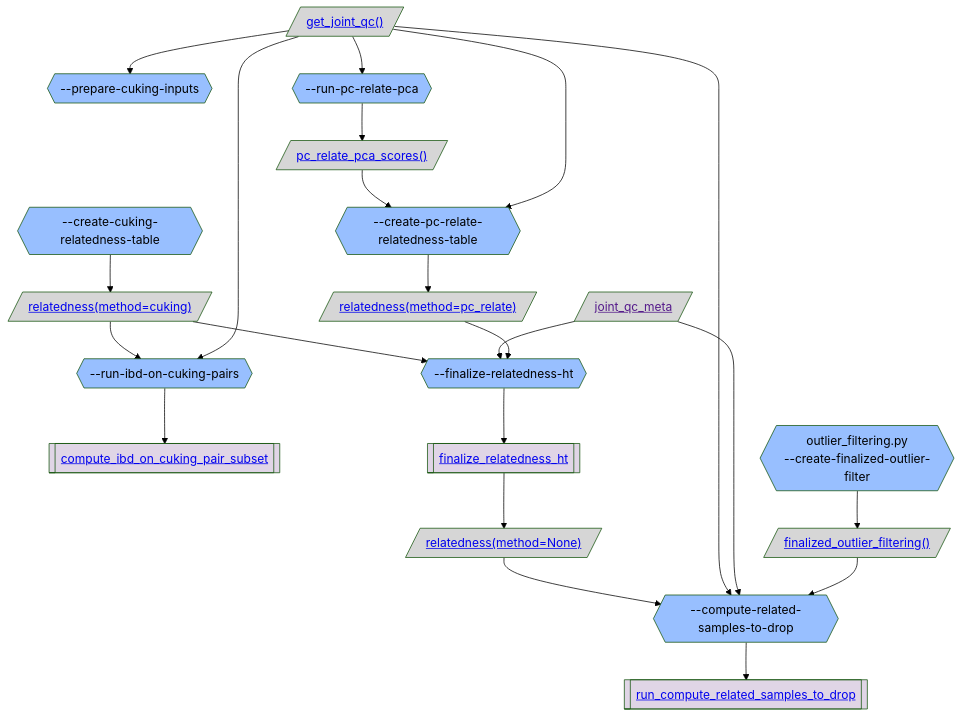
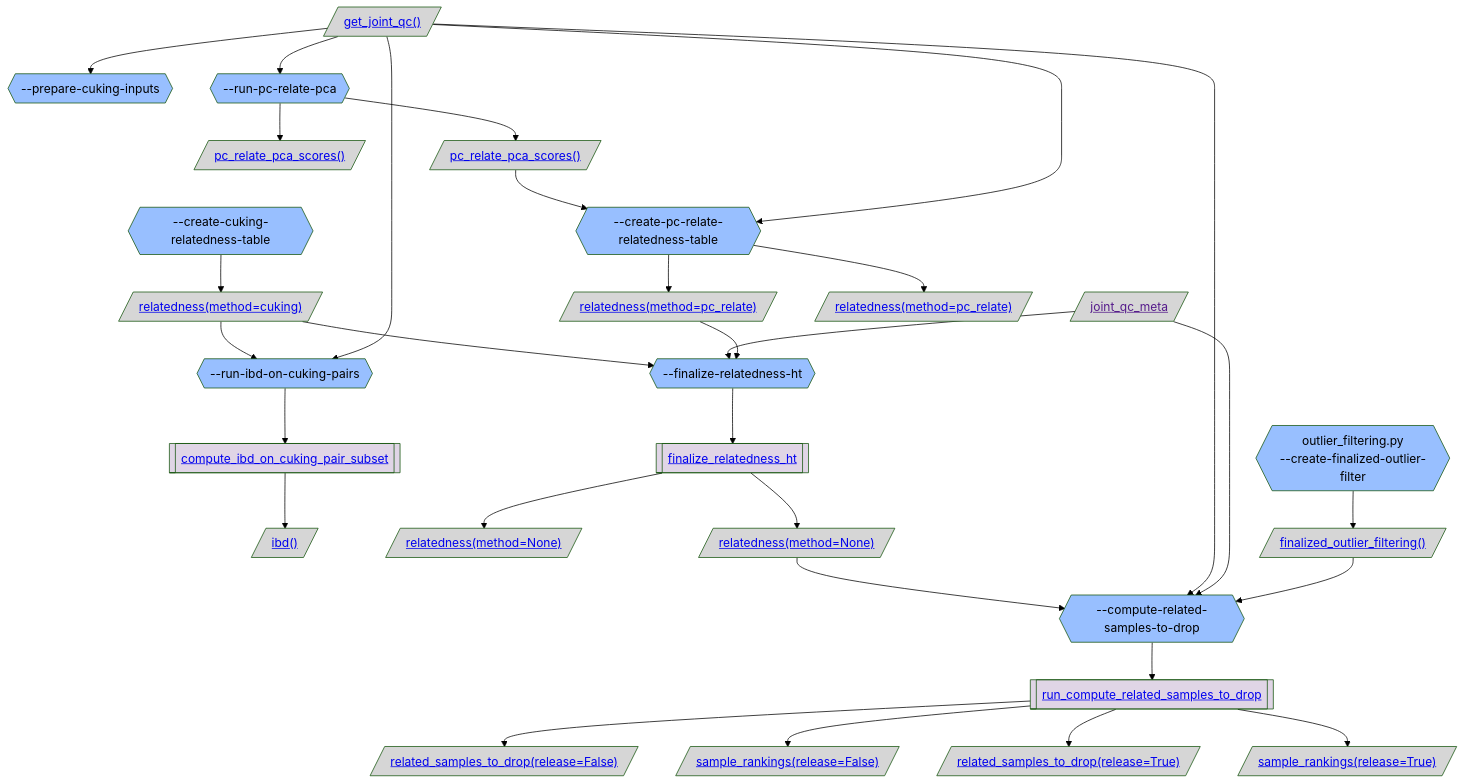
One commit to broadinstitute/gnomad_qc changed the second of 4 diagrams in gnomad_qc/v4/sample_qc/README.md. Above: the diagram before and after it, drawn with Mermaid (forest theme). The commit also changed other lines of this file and 3 other files, not shown here.

````diff
--- a/gnomad_qc/v4/sample_qc/README.md
+++ b/gnomad_qc/v4/sample_qc/README.md
@@ -148,51 +148,67 @@
 ```mermaid
 flowchart TB;
   classDef script_color fill:#2C5D4A,color:#000000
   classDef step_color fill:#98BFFF,color:#000000
   classDef func_color fill:#E0D5E6,color:#000000
   classDef gnomad_methods_color fill:#F9F2CE,color:#000000
   classDef hail_color fill:#FAEACE,color:#000000
   classDef resource_color fill:#D6D6D6,color:#000000
   classDef validity_check_color fill:#2C5D4A,color:#000000
 
   resource_get_joint_qc_[/"<a href='https://github.com/broadinstitute/gnomad_qc/tree/main/gnomad_qc/v4/resources/sample_qc.py#L388'>get_joint_qc()</a>"/]:::resource_color;
   step_prepare_cuking_inputs{{"--prepare-cuking-inputs"}}:::step_color;
   step_create_cuking_relatedness_table{{"--create-cuking-relatedness-table"}}:::step_color;
   resource_relatedness_method_cuking[/"<a href='https://github.com/broadinstitute/gnomad_qc/tree/main/gnomad_qc/v4/resources/sample_qc.py#L473'>relatedness(method=cuking)</a>"/]:::resource_color;
   step_run_ibd_on_cuking_pairs{{"--run-ibd-on-cuking-pairs"}}:::step_color;
   func_compute_ibd_on_cuking_pair_subset[["<a href='https://github.com/broadinstitute/gnomad_qc/tree/main/gnomad_qc/v4/sample_qc/relatedness.py#L93'>compute_ibd_on_cuking_pair_subset</a>"]]:::func_color;
+  ibd_[/"<a href='https://github.com/broadinstitute/gnomad_qc/tree/main/gnomad_qc/v4/resources/sample_qc.py#L503'>ibd()</a>"/]:::resource_color;
   step_finalize_relatedness_ht{{"--finalize-relatedness-ht"}}:::step_color;
   func_finalize_relatedness_ht[["<a href='https://github.com/broadinstitute/gnomad_qc/tree/main/gnomad_qc/v4/sample_qc/relatedness.py#L175'>finalize_relatedness_ht</a>"]]:::func_color;
+  relatedness_method_None[/"<a href='https://github.com/broadinstitute/gnomad_qc/tree/main/gnomad_qc/v4/resources/sample_qc.py#L473'>relatedness(method=None)</a>"/]:::resource_color;
   resource_joint_qc_meta[/"<a href=''>joint_qc_meta</a>"/]:::resource_color;
   step_create_pc_relate_relatedness_table{{"--create-pc-relate-relatedness-table"}}:::step_color;
   resource_relatedness_method_pc_relate[/"<a href='https://github.com/broadinstitute/gnomad_qc/tree/main/gnomad_qc/v4/resources/sample_qc.py#L473'>relatedness(method=pc_relate)</a>"/]:::resource_color;
   resource_relatedness_method_None[/"<a href='https://github.com/broadinstitute/gnomad_qc/tree/main/gnomad_qc/v4/resources/sample_qc.py#L473'>relatedness(method=None)</a>"/]:::resource_color;
   step_compute_related_samples_to_drop{{"--compute-related-samples-to-drop"}}:::step_color;
   func_run_compute_related_samples_to_drop[["<a href='https://github.com/broadinstitute/gnomad_qc/tree/main/gnomad_qc/v4/sample_qc/relatedness.py#L315'>run_compute_related_samples_to_drop</a>"]]:::func_color;
+  related_samples_to_drop_release_False[/"<a href='https://github.com/broadinstitute/gnomad_qc/tree/main/gnomad_qc/v4/resources/sample_qc.py#L521'>related_samples_to_drop(release=False)</a>"/]:::resource_color;
+  sample_rankings_release_False[/"<a href='https://github.com/broadinstitute/gnomad_qc/tree/main/gnomad_qc/v4/resources/sample_qc.py#L547'>sample_rankings(release=False)</a>"/]:::resource_color;
+  related_samples_to_drop_release_True[/"<a href='https://github.com/broadinstitute/gnomad_qc/tree/main/gnomad_qc/v4/resources/sample_qc.py#L521'>related_samples_to_drop(release=True)</a>"/]:::resource_color;
+  sample_rankings_release_True[/"<a href='https://github.com/broadinstitute/gnomad_qc/tree/main/gnomad_qc/v4/resources/sample_qc.py#L547'>sample_rankings(release=True)</a>"/]:::resource_color;
   step_create_finalized_outlier_filter{{"outlier_filtering.py
 --create-finalized-outlier-filter"}}:::step_color;
   resource_finalized_outlier_filtering_[/"<a href='https://github.com/broadinstitute/gnomad_qc/tree/main/gnomad_qc/v4/resources/sample_qc.py#L874'>finalized_outlier_filtering()</a>"/]:::resource_color;
   step_run_pc_relate_pca{{"--run-pc-relate-pca"}}:::step_color;
+  pc_relate_pca_scores_[/"<a href='https://github.com/broadinstitute/gnomad_qc/tree/main/gnomad_qc/v4/resources/sample_qc.py#L455'>pc_relate_pca_scores()</a>"/]:::resource_color;
   resource_pc_relate_pca_scores_[/"<a href='https://github.com/broadinstitute/gnomad_qc/tree/main/gnomad_qc/v4/resources/sample_qc.py#L455'>pc_relate_pca_scores()</a>"/]:::resource_color;
+  relatedness_method_pc_relate[/"<a href='https://github.com/broadinstitute/gnomad_qc/tree/main/gnomad_qc/v4/resources/sample_qc.py#L473'>relatedness(method=pc_relate)</a>"/]:::resource_color;
   resource_get_joint_qc_ --> step_prepare_cuking_inputs;
   step_create_cuking_relatedness_table --> resource_relatedness_method_cuking;
   resource_relatedness_method_cuking --> step_run_ibd_on_cuking_pairs;
   step_run_ibd_on_cuking_pairs --> func_compute_ibd_on_cuking_pair_subset;
+  func_compute_ibd_on_cuking_pair_subset --> ibd_;
   resource_get_joint_qc_ --> step_run_ibd_on_cuking_pairs;
   resource_relatedness_method_cuking --> step_finalize_relatedness_ht;
   step_finalize_relatedness_ht --> func_finalize_relatedness_ht;
+  func_finalize_relatedness_ht --> relatedness_method_None;
   resource_joint_qc_meta --> step_finalize_relatedness_ht;
   step_create_pc_relate_relatedness_table --> resource_relatedness_method_pc_relate;
   resource_relatedness_method_pc_relate --> step_finalize_relatedness_ht;
   func_finalize_relatedness_ht --> resource_relatedness_method_None;
   resource_relatedness_method_None --> step_compute_related_samples_to_drop;
   step_compute_related_samples_to_drop --> func_run_compute_related_samples_to_drop;
+  func_run_compute_related_samples_to_drop --> related_samples_to_drop_release_False;
+  func_run_compute_related_samples_to_drop --> sample_rankings_release_False;
+  func_run_compute_related_samples_to_drop --> related_samples_to_drop_release_True;
+  func_run_compute_related_samples_to_drop --> sample_rankings_release_True;
   resource_get_joint_qc_ --> step_compute_related_samples_to_drop;
   resource_joint_qc_meta --> step_compute_related_samples_to_drop;
   step_create_finalized_outlier_filter --> resource_finalized_outlier_filtering_;
   resource_finalized_outlier_filtering_ --> step_compute_related_samples_to_drop;
   resource_get_joint_qc_ --> step_run_pc_relate_pca;
+  step_run_pc_relate_pca --> pc_relate_pca_scores_;
   step_run_pc_relate_pca --> resource_pc_relate_pca_scores_;
   resource_pc_relate_pca_scores_ --> step_create_pc_relate_relatedness_table;
+  step_create_pc_relate_relatedness_table --> relatedness_method_pc_relate;
   resource_get_joint_qc_ --> step_create_pc_relate_relatedness_table;
 ```
````
